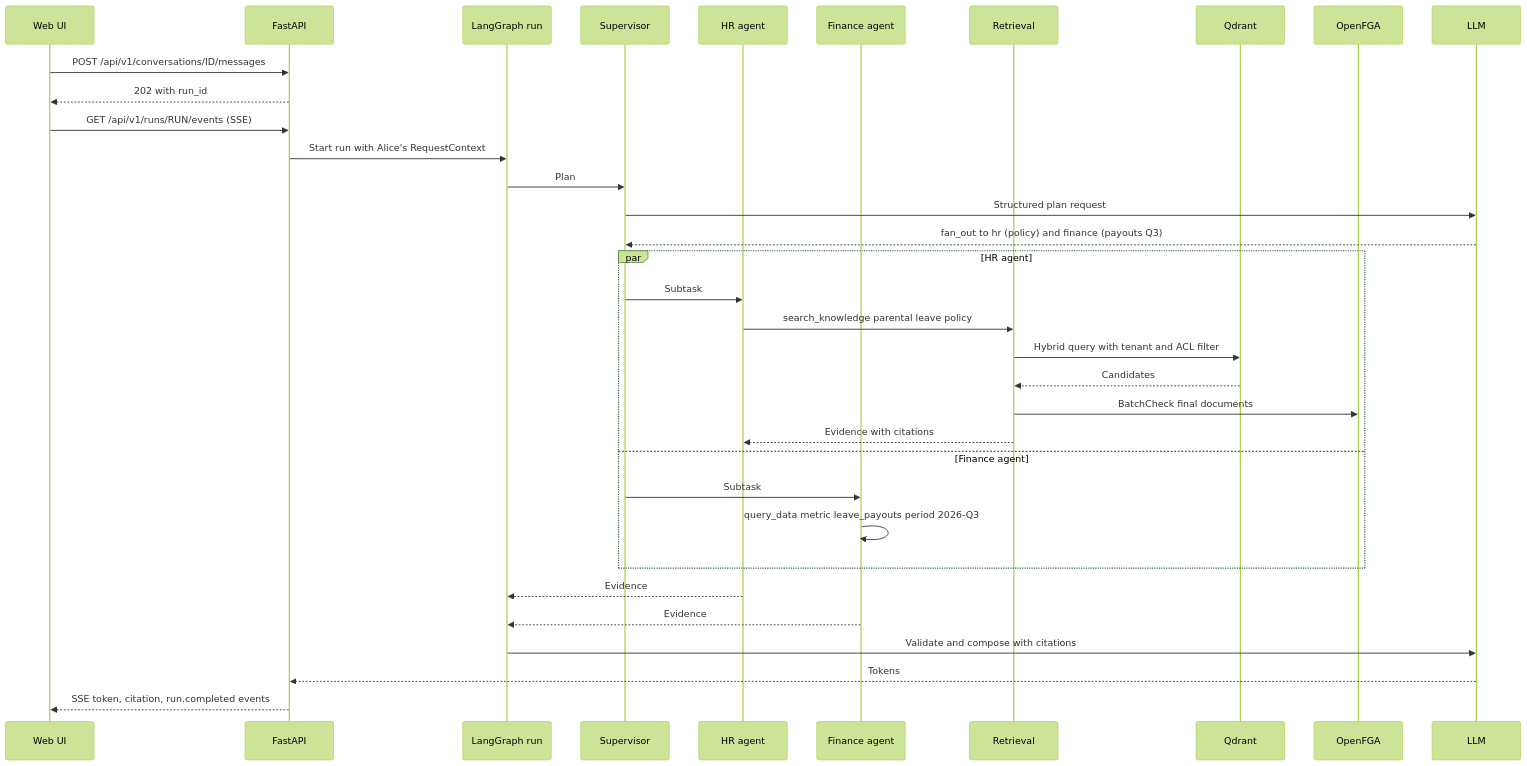
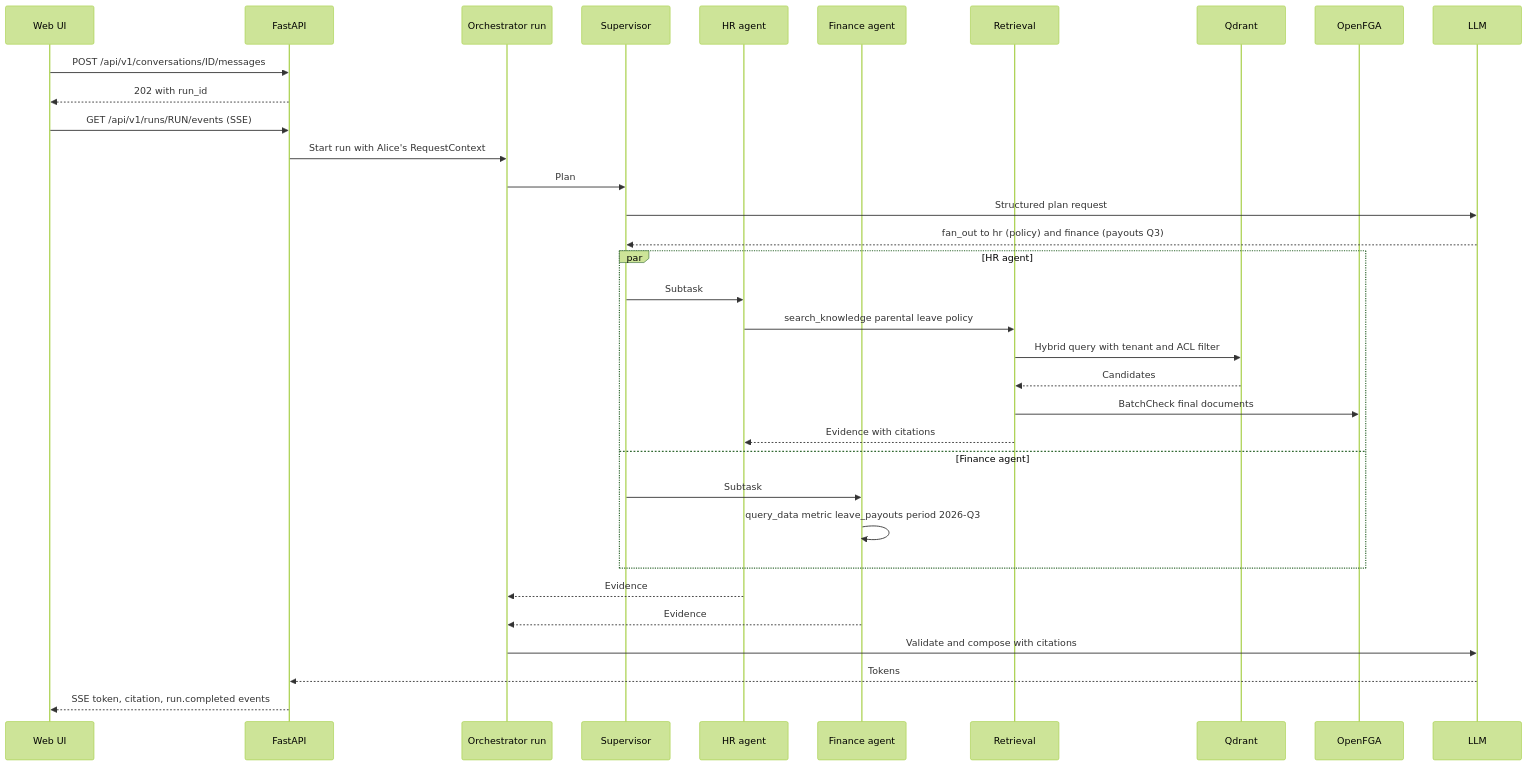
Before and after one commit to MatamDinesh0802/NeedWise: the fifth of 5 diagrams in docs/ARCHITECTURE.md, drawn with Mermaid (forest theme). The commit also changed other lines of this file and 46 other files, not shown here.

````diff
--- a/docs/ARCHITECTURE.md
+++ b/docs/ARCHITECTURE.md
@@ -1276,37 +1274,37 @@
 ```mermaid
 sequenceDiagram
   participant UI as Web UI
   participant API as FastAPI
-  participant G as LangGraph run
+  participant G as Orchestrator run
   participant S as Supervisor
   participant HR as HR agent
   participant FIN as Finance agent
   participant R as Retrieval
   participant Q as Qdrant
   participant F as OpenFGA
   participant L as LLM
 
   UI->>API: POST /api/v1/conversations/ID/messages
   API-->>UI: 202 with run_id
   UI->>API: GET /api/v1/runs/RUN/events (SSE)
   API->>G: Start run with Alice's RequestContext
   G->>S: Plan
   S->>L: Structured plan request
   L-->>S: fan_out to hr (policy) and finance (payouts Q3)
   par HR agent
     S->>HR: Subtask
     HR->>R: search_knowledge parental leave policy
     R->>Q: Hybrid query with tenant and ACL filter
     Q-->>R: Candidates
     R->>F: BatchCheck final documents
     R-->>HR: Evidence with citations
   and Finance agent
     S->>FIN: Subtask
     FIN->>FIN: query_data metric leave_payouts period 2026-Q3
   end
   HR-->>G: Evidence
   FIN-->>G: Evidence
   G->>L: Validate and compose with citations
   L-->>API: Tokens
   API-->>UI: SSE token, citation, run.completed events
 ```
````
